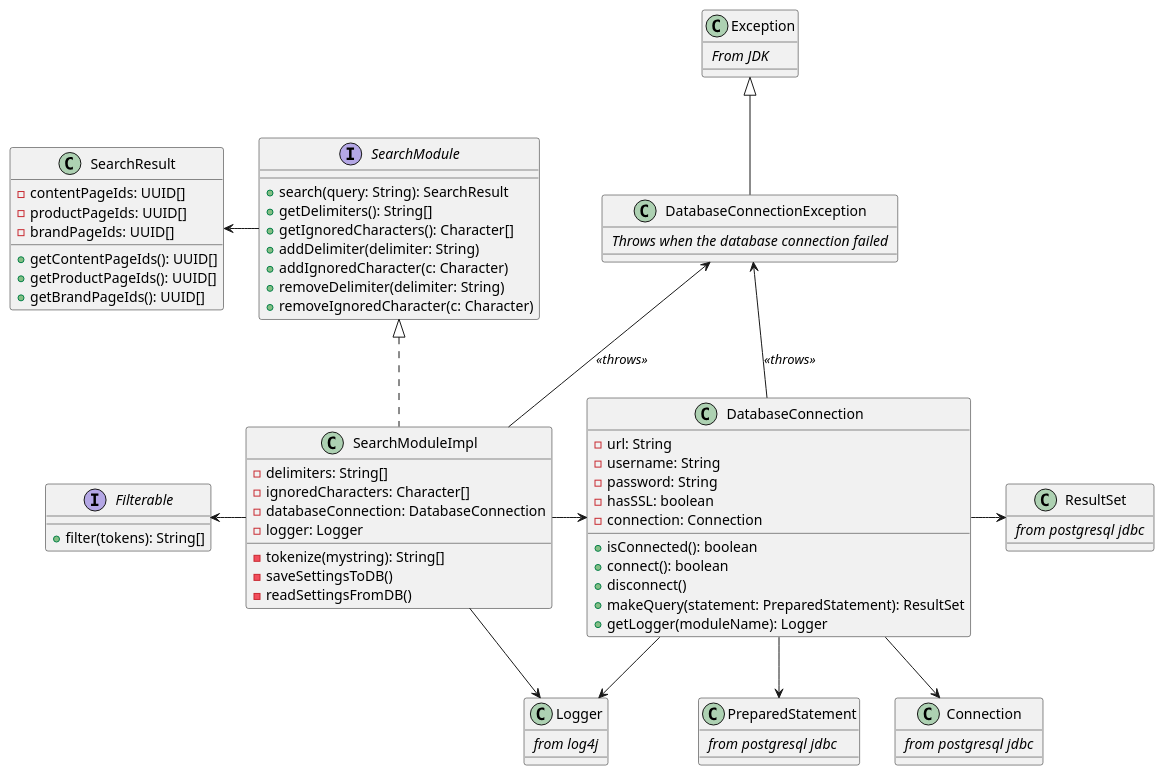
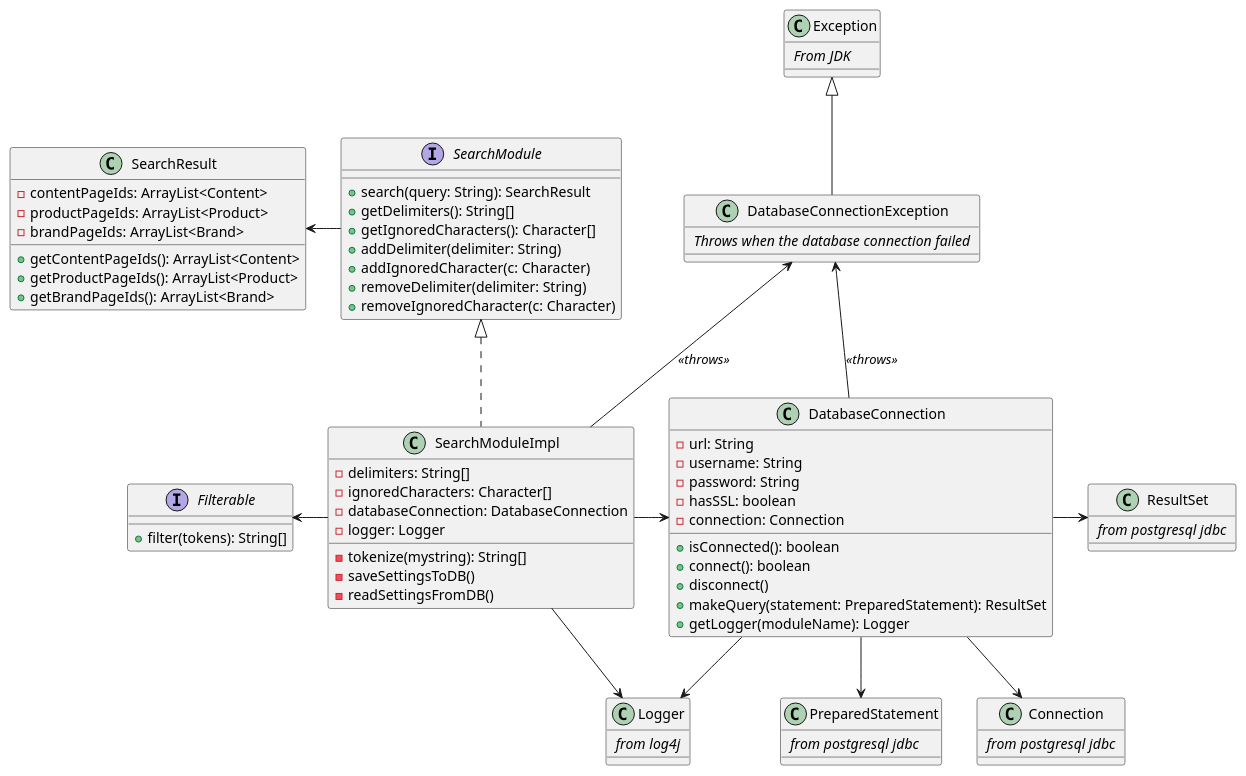
Before and after one commit to LangeHenrik/SDU-SE-F22: the diagram in src/main/java/dk/sdu/se_f22/searchmodule/infrastructure/diagrams/classdiagram.puml, drawn with PlantUML. The commit also changed 3 other files, not shown here.

```diff
--- a/src/main/java/dk/sdu/se_f22/searchmodule/infrastructure/diagrams/classdiagram.puml
+++ b/src/main/java/dk/sdu/se_f22/searchmodule/infrastructure/diagrams/classdiagram.puml
@@ -1,93 +1,93 @@
 @startuml
 
 interface Filterable {
     + filter(tokens): String[]
 }
 
 interface SearchModule {
     + search(query: String): SearchResult
     + getDelimiters(): String[]
     + getIgnoredCharacters(): Character[]
     + addDelimiter(delimiter: String)
     + addIgnoredCharacter(c: Character)
     + removeDelimiter(delimiter: String)
     + removeIgnoredCharacter(c: Character)
 }
 
 class DatabaseConnection {
     - url: String
     - username: String
     - password: String
     - hasSSL: boolean
     - connection: Connection
 
     + isConnected(): boolean
     + connect(): boolean
     + disconnect()
     + makeQuery(statement: PreparedStatement): ResultSet
     ' see https://stackoverflow.com/a/36710057
     + getLogger(moduleName): Logger
 }
 
 class Exception {
     // From JDK //
 }
 
 class DatabaseConnectionException extends Exception {
     // Throws when the database connection failed //
 }
 
 class SearchModuleImpl implements SearchModule {
     - delimiters: String[]
     - ignoredCharacters: Character[]
     - databaseConnection: DatabaseConnection
     - logger: Logger
     - tokenize(mystring): String[]
     - saveSettingsToDB()
     - readSettingsFromDB()
 }
 
 class SearchResult {
-    - contentPageIds: UUID[]
-    - productPageIds: UUID[]
-    - brandPageIds: UUID[]
-    + getContentPageIds(): UUID[]
-    + getProductPageIds(): UUID[]
-    + getBrandPageIds(): UUID[]
+    - contentPageIds: ArrayList<Content>
+    - productPageIds: ArrayList<Product>
+    - brandPageIds: ArrayList<Brand>
+    + getContentPageIds(): ArrayList<Content>
+    + getProductPageIds(): ArrayList<Product>
+    + getBrandPageIds(): ArrayList<Brand>
 }
 
 class Connection {
     // from postgresql jdbc //
 }
 
 class PreparedStatement {
     // from postgresql jdbc //
 }
 
 class ResultSet {
     // from postgresql jdbc //
 }
 
 class Logger {
     // from log4j //
 }
 
 SearchResult <- SearchModule
 Filterable <- SearchModuleImpl
 SearchModuleImpl -> DatabaseConnection
 DatabaseConnectionException <-- DatabaseConnection: //<<throws>>//
 DatabaseConnectionException <-- SearchModuleImpl: //<<throws>>//
 
 SearchModuleImpl --> Logger
 DatabaseConnection -> Logger
 
 DatabaseConnection -> ResultSet
 DatabaseConnection -> PreparedStatement
 DatabaseConnection -> Connection
 
 ResultSet --[hidden]> PreparedStatement
 PreparedStatement -[hidden]> Connection
 
 
 
 @enduml
```
